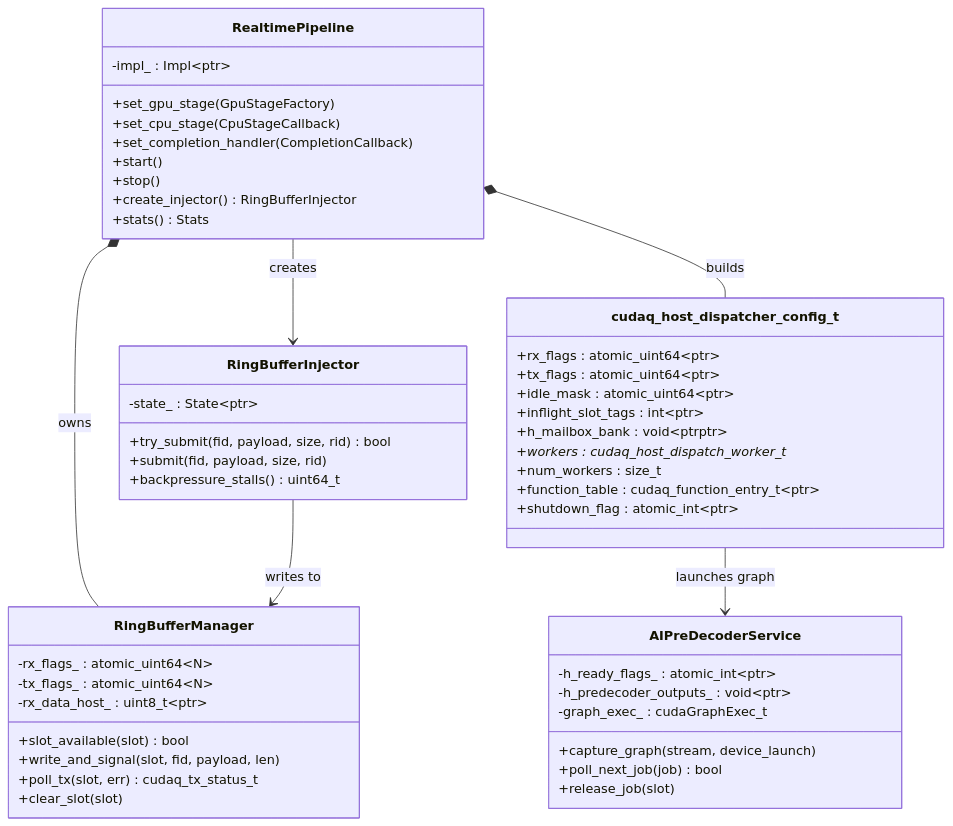
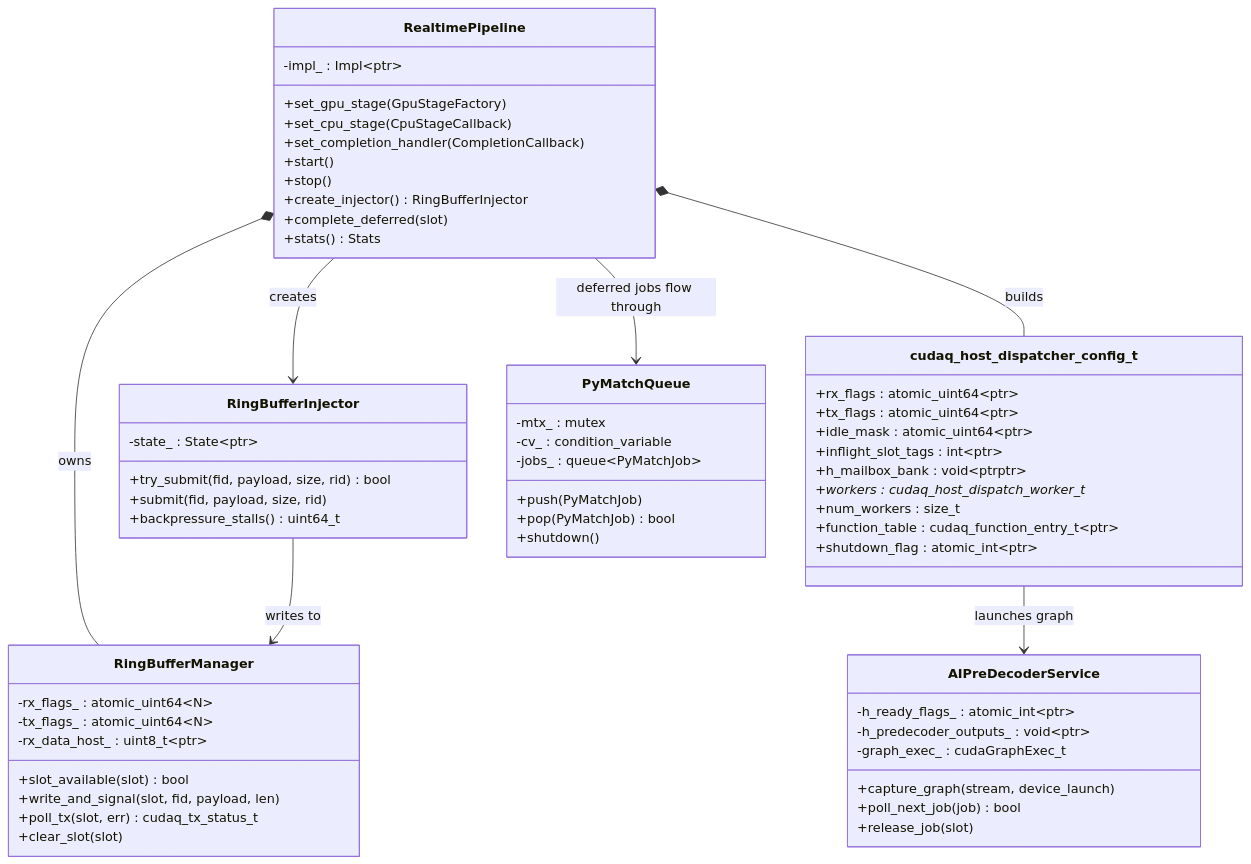
One commit to wsttiger/cudaqx changed the first of 8 diagrams in docs/realtime_pipeline_architecture.md. Above: the diagram before and after it, drawn with Mermaid. The commit also changed other lines of this file and 5 other files, not shown here.

````diff
--- a/docs/realtime_pipeline_architecture.md
+++ b/docs/realtime_pipeline_architecture.md
@@ -5,57 +5,68 @@
 ```mermaid
 classDiagram
     class RealtimePipeline {
         -impl_ : Impl~ptr~
         +set_gpu_stage(GpuStageFactory)
         +set_cpu_stage(CpuStageCallback)
         +set_completion_handler(CompletionCallback)
         +start()
         +stop()
         +create_injector() RingBufferInjector
+        +complete_deferred(slot)
         +stats() Stats
     }
 
     class RingBufferInjector {
         -state_ : State~ptr~
         +try_submit(fid, payload, size, rid) bool
         +submit(fid, payload, size, rid)
         +backpressure_stalls() uint64_t
     }
 
     class RingBufferManager {
         -rx_flags_ : atomic_uint64~N~
         -tx_flags_ : atomic_uint64~N~
         -rx_data_host_ : uint8_t~ptr~
         +slot_available(slot) bool
         +write_and_signal(slot, fid, payload, len)
         +poll_tx(slot, err) cudaq_tx_status_t
         +clear_slot(slot)
     }
 
     class cudaq_host_dispatcher_config_t {
         +rx_flags : atomic_uint64~ptr~
         +tx_flags : atomic_uint64~ptr~
         +idle_mask : atomic_uint64~ptr~
         +inflight_slot_tags : int~ptr~
         +h_mailbox_bank : void~ptrptr~
         +workers : cudaq_host_dispatch_worker_t*
         +num_workers : size_t
         +function_table : cudaq_function_entry_t~ptr~
         +shutdown_flag : atomic_int~ptr~
     }
 
     class AIPreDecoderService {
         -h_ready_flags_ : atomic_int~ptr~
         -h_predecoder_outputs_ : void~ptr~
         -graph_exec_ : cudaGraphExec_t
         +capture_graph(stream, device_launch)
         +poll_next_job(job) bool
         +release_job(slot)
     }
 
+    class PyMatchQueue {
+        -mtx_ : mutex
+        -cv_ : condition_variable
+        -jobs_ : queue~PyMatchJob~
+        +push(PyMatchJob)
+        +pop(PyMatchJob) bool
+        +shutdown()
+    }
+
     RealtimePipeline *-- RingBufferManager : owns
     RealtimePipeline *-- cudaq_host_dispatcher_config_t : builds
     RealtimePipeline --> RingBufferInjector : creates
     RingBufferInjector --> RingBufferManager : writes to
     cudaq_host_dispatcher_config_t --> AIPreDecoderService : launches graph
+    RealtimePipeline --> PyMatchQueue : deferred jobs flow through
 ```
````
